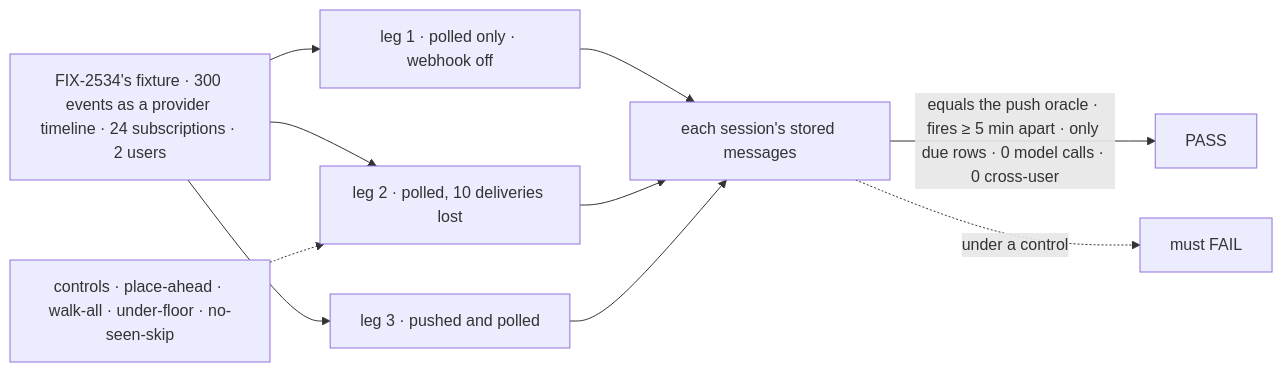
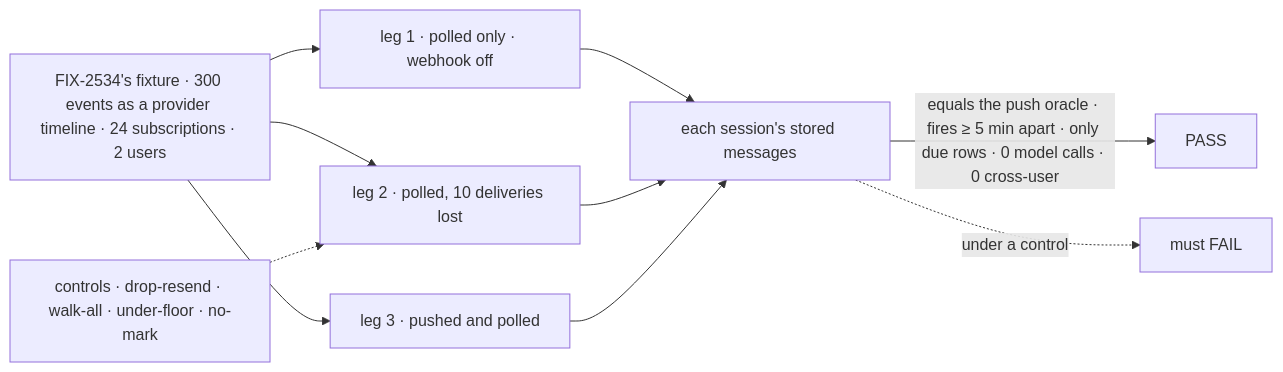
Before and after one commit to fixpoint-labs/flow-state-dev: the first of 2 diagrams in specs/issues/FIX-2536/SPEC.md, drawn with Mermaid. The commit also changed other lines of this file and 3 other files, not shown here.

````diff
--- a/specs/issues/FIX-2536/SPEC.md
+++ b/specs/issues/FIX-2536/SPEC.md
@@ -33,12 +33,12 @@
 ```mermaid
 flowchart LR
   F["FIX-2534's fixture · 300 events as a provider timeline · 24 subscriptions · 2 users"] --> P1["leg 1 · polled only · webhook off"]
   F --> P2["leg 2 · polled, 10 deliveries lost"]
   F --> P3["leg 3 · pushed and polled"]
   P1 --> S["each session's stored messages"]
   P2 --> S
   P3 --> S
   S -->|"equals the push oracle · fires ≥ 5 min apart · only due rows · 0 model calls · 0 cross-user"| OK["PASS"]
-  C["controls · place-ahead · walk-all · under-floor · no-seen-skip"] -.-> P2
+  C["controls · drop-resend · walk-all · under-floor · no-mark"] -.-> P2
   S -.->|"under a control"| X["must FAIL"]
 ```
````
